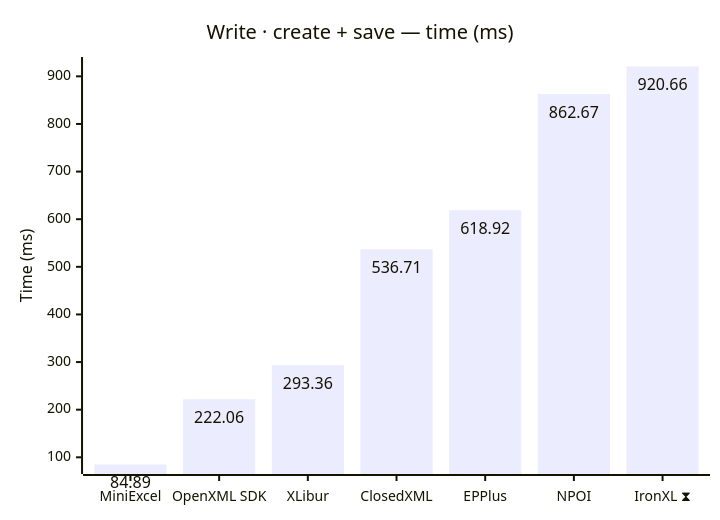
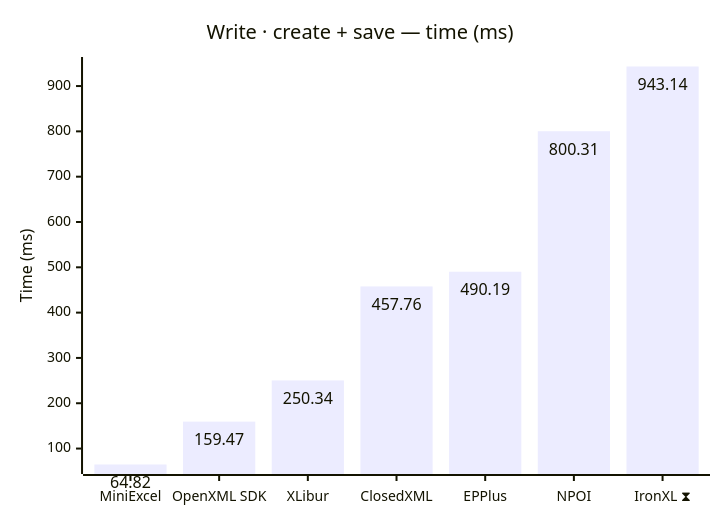
One commit to jafin/XLBench changed the fifth of 12 diagrams in docs/results-ci.md. Above: the diagram before and after it, drawn with Mermaid. The commit also changed other lines of this file, not shown here.

````diff
--- a/docs/results-ci.md
+++ b/docs/results-ci.md
@@ -93,12 +93,12 @@
 ```mermaid
 ---
 config:
   xyChart:
     showDataLabel: true
 ---
 xychart-beta
     title "Write · create + save — time (ms)"
     x-axis ["MiniExcel", "OpenXML SDK", "XLibur", "ClosedXML", "EPPlus", "NPOI", "IronXL ⧗"]
     y-axis "Time (ms)"
-    bar [84.89, 222.06, 293.36, 536.71, 618.92, 862.67, 920.66]
+    bar [64.82, 159.47, 250.34, 457.76, 490.19, 800.31, 943.14]
 ```
````
